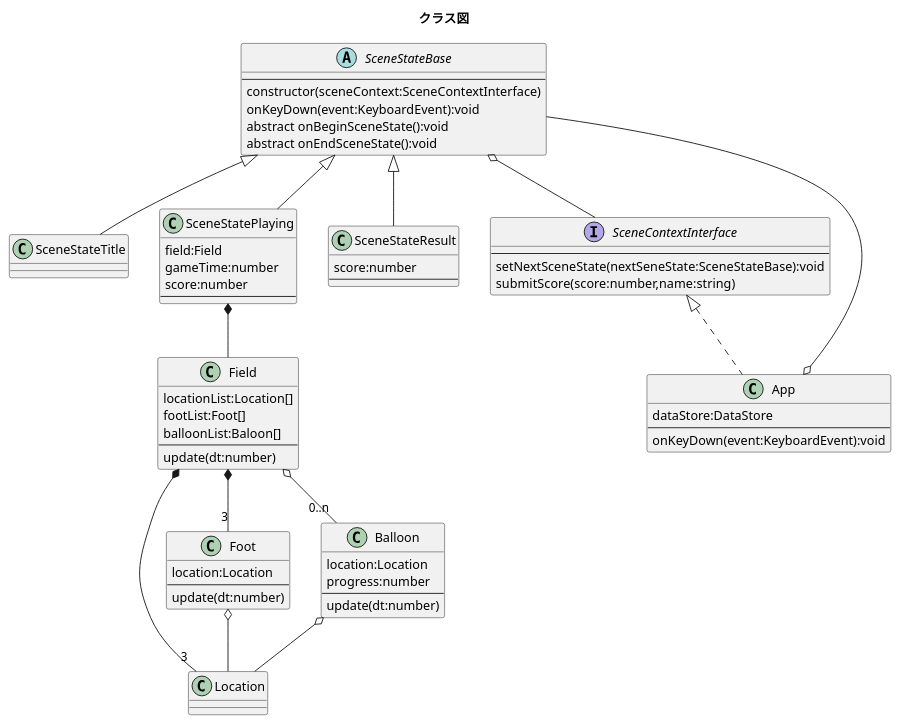
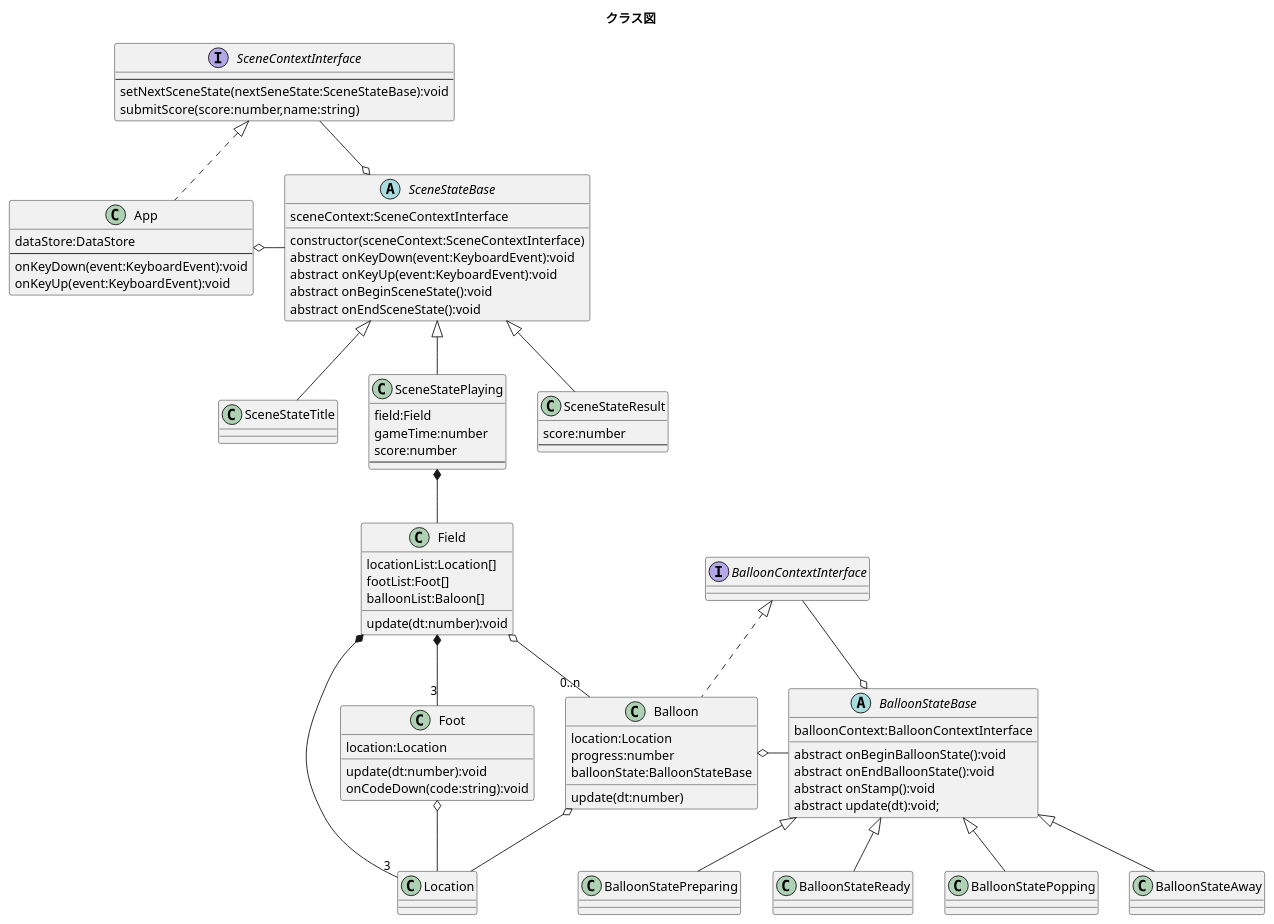
Before and after one commit to novogrammer/balloon-popping-game: the diagram in uml/class-diagram.puml, drawn with PlantUML. The commit also changed 19 other files, not shown here.

```diff
--- a/uml/class-diagram.puml
+++ b/uml/class-diagram.puml
@@ -1,82 +1,114 @@
-@startuml
+@startuml クラス図
 title クラス図
+
+abstract class BalloonStateBase{
+  balloonContext:BalloonContextInterface
+  abstract onBeginBalloonState():void
+  abstract onEndBalloonState():void
+  abstract onStamp():void
+  abstract update(dt):void;
+}
+class BalloonStatePreparing extends BalloonStateBase{
+
+}
+class BalloonStateReady extends BalloonStateBase{
+
+}
+class BalloonStatePopping extends BalloonStateBase{
+
+}
+class BalloonStateAway extends BalloonStateBase{
+
+}
+
+
+interface BalloonContextInterface{
+
+}
+
+
 
 class Location{
 
 }
 
 class Foot{
   location:Location
-  --
-  update(dt:number)
+  update(dt:number):void
+  onCodeDown(code:string):void
 }
 
-class Balloon{
+class Balloon implements BalloonContextInterface{
   location:Location
   progress:number
-  --
+  balloonState:BalloonStateBase
+
   update(dt:number)
 }
 
 class Field{
   locationList:Location[]
   footList:Foot[]
   balloonList:Baloon[]
-  --
-  update(dt:number)
+
+  update(dt:number):void
 }
 
 
 abstract class SceneStateBase{
-  --
+  sceneContext:SceneContextInterface
+
   constructor(sceneContext:SceneContextInterface)
-  onKeyDown(event:KeyboardEvent):void
+  abstract onKeyDown(event:KeyboardEvent):void
+  abstract onKeyUp(event:KeyboardEvent):void
   abstract onBeginSceneState():void
   abstract onEndSceneState():void
 }
 
 class SceneStateTitle extends SceneStateBase{
 }
 class SceneStatePlaying extends SceneStateBase{
   field:Field
   gameTime:number
   score:number
   --
 }
 class SceneStateResult extends SceneStateBase{
   score:number
   --
 }
 
 
 interface SceneContextInterface{
   --
   setNextSceneState(nextSeneState:SceneStateBase):void
   submitScore(score:number,name:string)
 }
 
 class App implements SceneContextInterface{
   dataStore:DataStore
   --
   onKeyDown(event:KeyboardEvent):void
+  onKeyUp(event:KeyboardEvent):void
 }
 
 
-SceneStateBase o-- SceneContextInterface
-
-
-App o-- SceneStateBase
+SceneStateBase o-up- SceneContextInterface
+App o-right- SceneStateBase
 
 SceneStatePlaying *-- Field
 
 
 Field *-- "3" Foot
 Field *-- "3" Location
 Field o-- "0..n" Balloon
 
 
 Foot o-- Location
 Balloon o-- Location
 
 
+BalloonStateBase o-up- BalloonContextInterface
+Balloon o-right- BalloonStateBase
+
 @enduml
```
